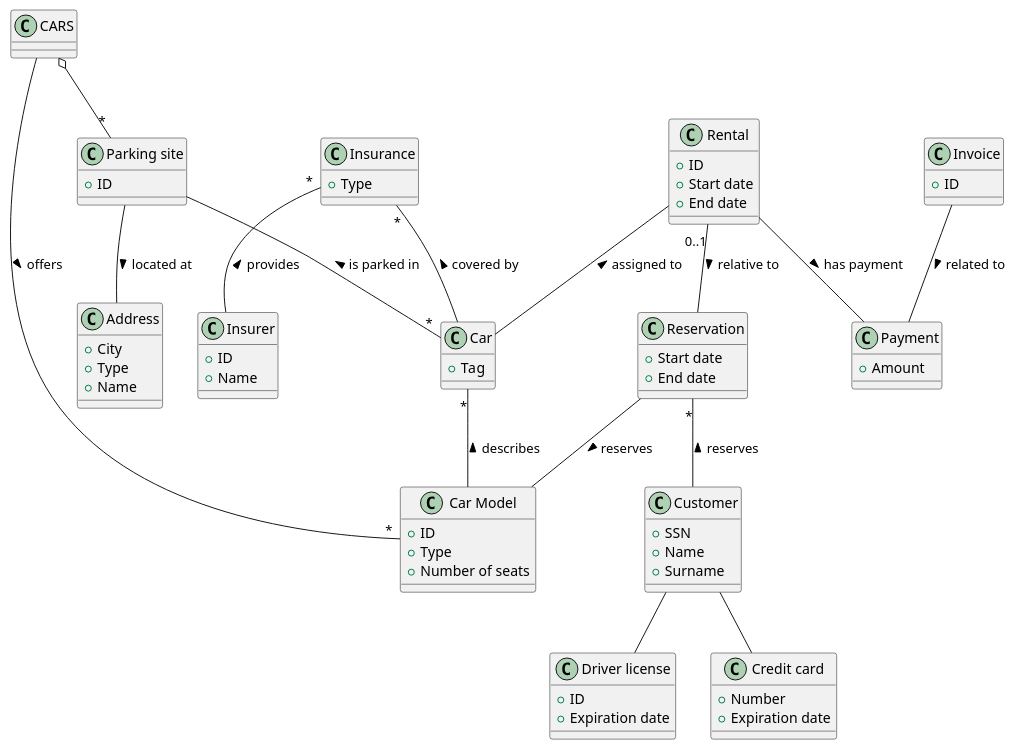
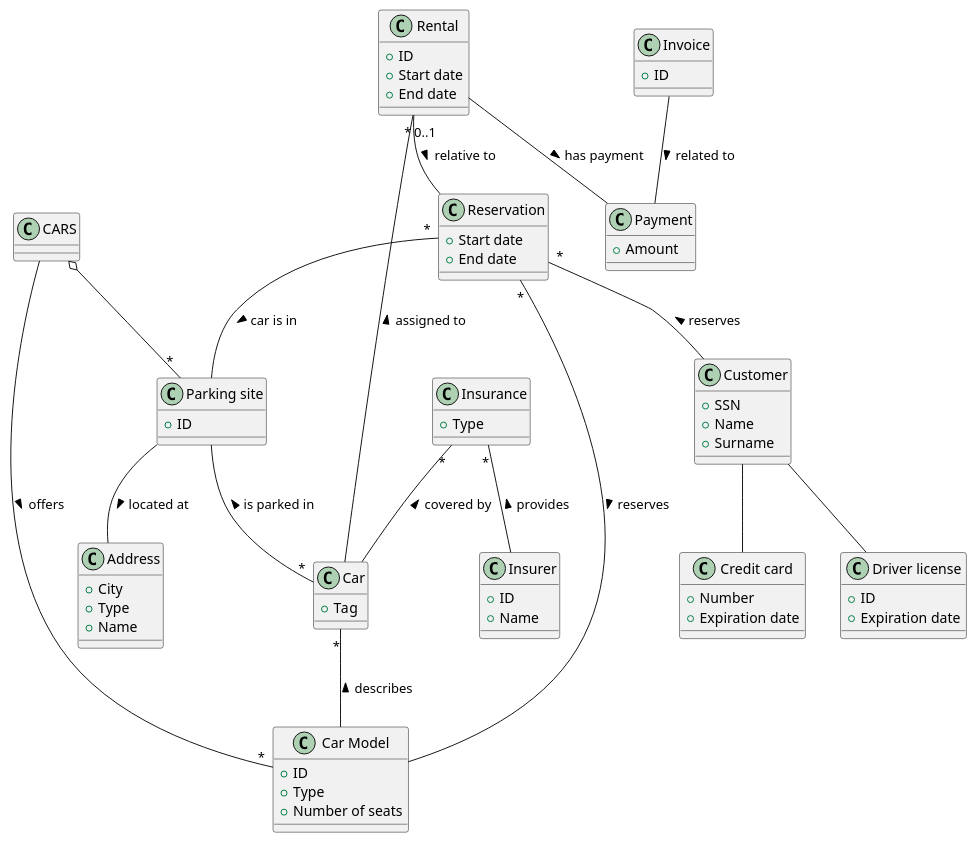
One commit to franco-ruggeri/polito-information-systems changed the diagram in car_rental/models/data_to_be.pu. Above: the diagram before and after it, drawn with PlantUML. The commit also changed 1 other file, not shown here.

Commit message:
Update data models for car rental
Fix some multiplicities.

```diff
--- a/car_rental/models/data_to_be.pu
+++ b/car_rental/models/data_to_be.pu
@@ -1,69 +1,70 @@
 @startuml
 
 ' CARS company
 class CARS
 class "Parking site" as ParkingSite
 class Address
 class Car
 class "Car Model" as CarModel
 CARS o-- "*" ParkingSite
 CARS -- "*" CarModel : offers >
 ParkingSite -- "*" Car : is parked in <
 ParkingSite -- Address : located at >
 Car "*" -- CarModel : describes <
 Car : +Tag
 CarModel : +ID
 CarModel : +Type
 CarModel : +Number of seats
 ParkingSite : +ID
 Address : +City
 Address : +Type
 Address : +Name
 
 ' Insurances
 class Insurer
 class Insurance
 Insurance "*" -- Insurer : provides <
 Insurance "*" -- Car : covered by <
 Insurer : +ID
 Insurer : +Name
 Insurance : +Type
 
 ' Customer
 class Customer
 class "Driver license" as DriverLicense
 class "Credit card" as CreditCard
 Customer -- DriverLicense
 Customer -- CreditCard
 Customer : +SSN
 Customer : +Name
 Customer : +Surname
 DriverLicense : +ID
 DriverLicense : +Expiration date
 CreditCard : +Number
 CreditCard : +Expiration date
 
 ' Reservation
 class Reservation
 Reservation "*" -- Customer : reserves <
-Reservation -- CarModel : reserves >
+Reservation "*" -- CarModel : reserves >
+Reservation "*" -- ParkingSite : car is in >
 Reservation : +Start date
 Reservation : +End date
 
 ' Check-out - Part 1
 class Rental
 class Payment
 Rental "0..1" -- Reservation : relative to >
 Rental -- Payment : has payment >
-Rental -- Car : assigned to <
+Rental "*" -- Car : assigned to <
 Rental : +ID
 Rental : +Start date
 Rental : +End date
 Payment : +Amount
 
 ' Invoice
 class Invoice
 Invoice -- Payment : related to >
 Invoice : +ID
 
 @enduml
```
